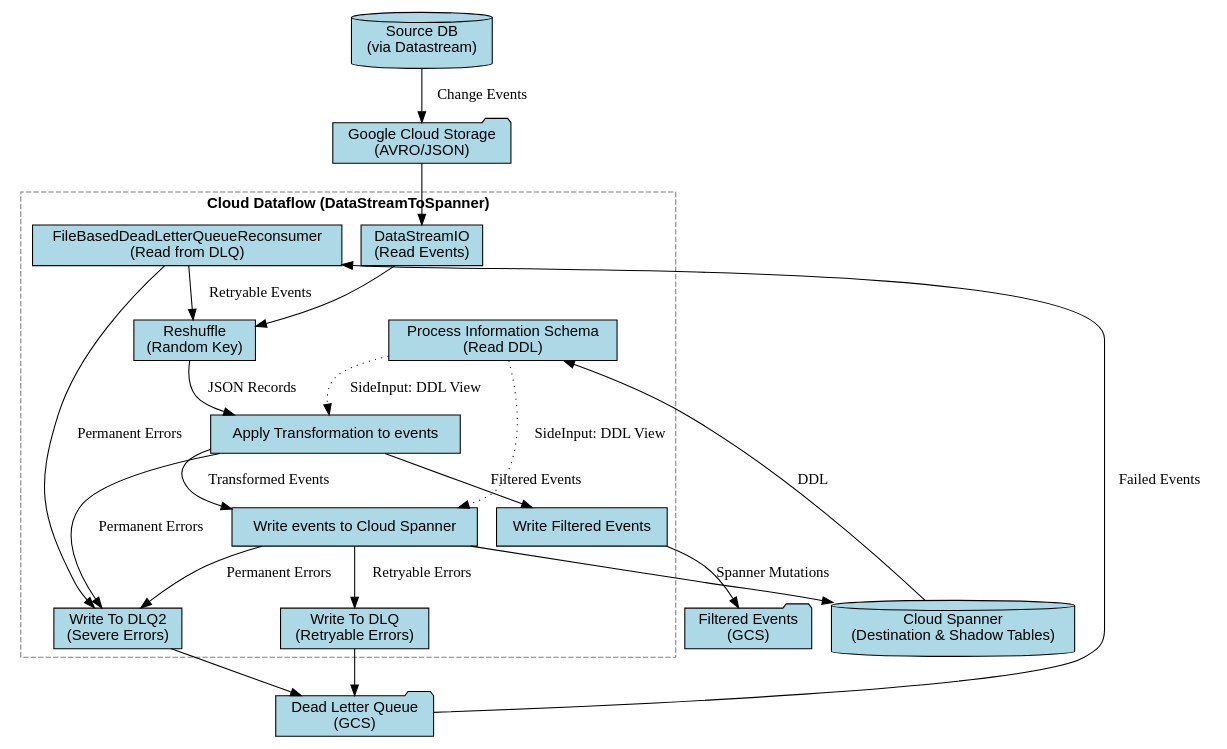
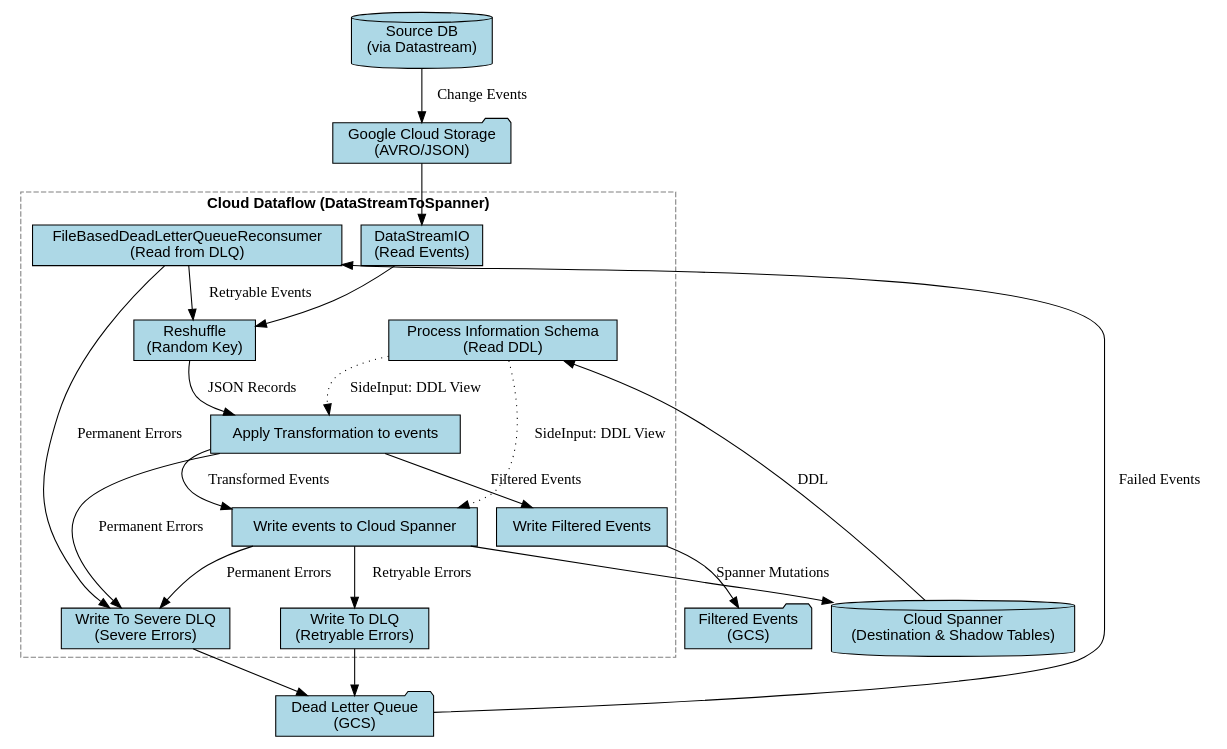
One commit to GoogleCloudPlatform/DataflowTemplates changed the diagram in v2/datastream-to-spanner/architecture.dot. Above: the diagram before and after it, drawn with Graphviz. The commit also changed 2 other files, not shown here.

```diff
--- a/v2/datastream-to-spanner/architecture.dot
+++ b/v2/datastream-to-spanner/architecture.dot
@@ -1,50 +1,50 @@
 digraph Architecture {
   node [shape=box, fontname="Helvetica", style=filled, fillcolor=lightblue];
   
   Datastream [label="Source DB\n(via Datastream)", shape=cylinder];
   GCS [label="Google Cloud Storage\n(AVRO/JSON)", shape=folder];
   Spanner [label="Cloud Spanner\n(Destination & Shadow Tables)", shape=cylinder];
   DLQ [label="Dead Letter Queue\n(GCS)", shape=folder];
   FilteredEventsGCS [label="Filtered Events\n(GCS)", shape=folder];
 
   subgraph cluster_dataflow {
     label="Cloud Dataflow (DataStreamToSpanner)";
     fontname="Helvetica-Bold";
     style=dashed;
     color=gray;
 
     ReadDataStream [label="DataStreamIO\n(Read Events)"];
     ProcessSchema [label="Process Information Schema\n(Read DDL)"];
     ReadDLQ [label="FileBasedDeadLetterQueueReconsumer\n(Read from DLQ)"];
     Reshuffle [label="Reshuffle\n(Random Key)"];
     TransformEvents [label="Apply Transformation to events"];
     WriteSpanner [label="Write events to Cloud Spanner"];
     WriteFiltered [label="Write Filtered Events"];
     WriteDLQRetry [label="Write To DLQ\n(Retryable Errors)"];
-    WriteDLQSevere [label="Write To DLQ2\n(Severe Errors)"];
+    WriteDLQSevere [label="Write To Severe DLQ\n(Severe Errors)"];
   }
 
   Datastream -> GCS [label=" Change Events"];
   GCS -> ReadDataStream;
   Spanner -> ProcessSchema [label=" DDL"];
   ProcessSchema -> TransformEvents [label=" SideInput: DDL View", style=dotted];
   ProcessSchema -> WriteSpanner [label=" SideInput: DDL View", style=dotted];
   DLQ -> ReadDLQ [label=" Failed Events"];
   
   ReadDataStream -> Reshuffle;
   ReadDLQ -> Reshuffle [label=" Retryable Events"];
   ReadDLQ -> WriteDLQSevere [label=" Permanent Errors"];
   
   Reshuffle -> TransformEvents [label=" JSON Records"];
   TransformEvents -> WriteFiltered [label=" Filtered Events"];
   WriteFiltered -> FilteredEventsGCS;
   TransformEvents -> WriteSpanner [label=" Transformed Events"];
   TransformEvents -> WriteDLQSevere [label=" Permanent Errors"];
   
   WriteSpanner -> Spanner [label=" Spanner Mutations"];
   WriteSpanner -> WriteDLQRetry [label=" Retryable Errors"];
   WriteSpanner -> WriteDLQSevere [label=" Permanent Errors"];
 
   WriteDLQRetry -> DLQ;
   WriteDLQSevere -> DLQ;
 }
```
